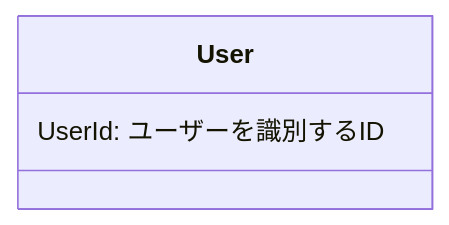
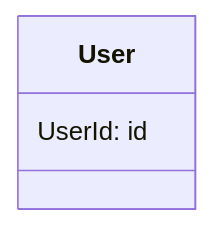
One commit to aew2sbee/zenn changed the ninth of 17 diagrams in articles/how-to-mermaid.md. Above: the diagram before and after it, drawn with Mermaid. The commit also changed other lines of this file, not shown here.

Commit message:
fix: 「how-to-mermaid.md」の誤字修正と表現の統一

````diff
--- a/articles/how-to-mermaid.md
+++ b/articles/how-to-mermaid.md
@@ -278,6 +278,6 @@
 ```mermaid
 classDiagram
    class User {
-    UserId: ユーザーを識別するID
+    UserId: id
    }
 ```
````
